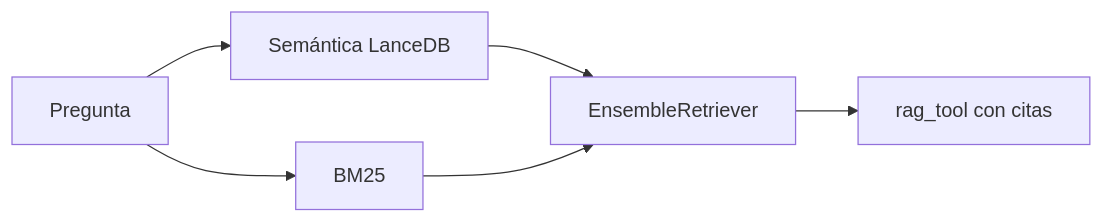
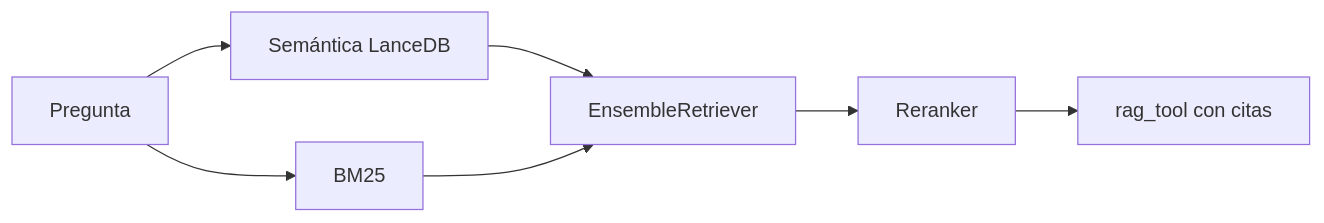
One commit to Ael-Dev/AI-ASSISTANT-INSURANCE changed the second of 2 diagrams in docs/avance.md. Above: the diagram before and after it, drawn with Mermaid. The commit also changed other lines of this file and 9 other files, not shown here.

````diff
--- a/docs/avance.md
+++ b/docs/avance.md
@@ -74,8 +74,9 @@
 ```mermaid
 flowchart LR
     Q[Pregunta] --> D[Semántica LanceDB]
     Q --> B[BM25]
-    D --> E[EnsembleRetriever] 
+    D --> E[EnsembleRetriever]
     B --> E
-    E --> T[rag_tool con citas]
+    E --> R[Reranker]
+    R --> T[rag_tool con citas]
 ```
````
